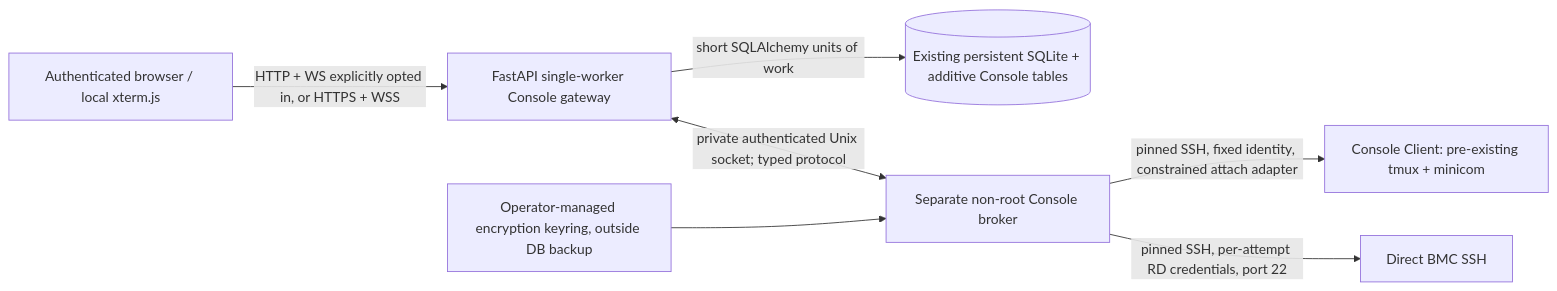
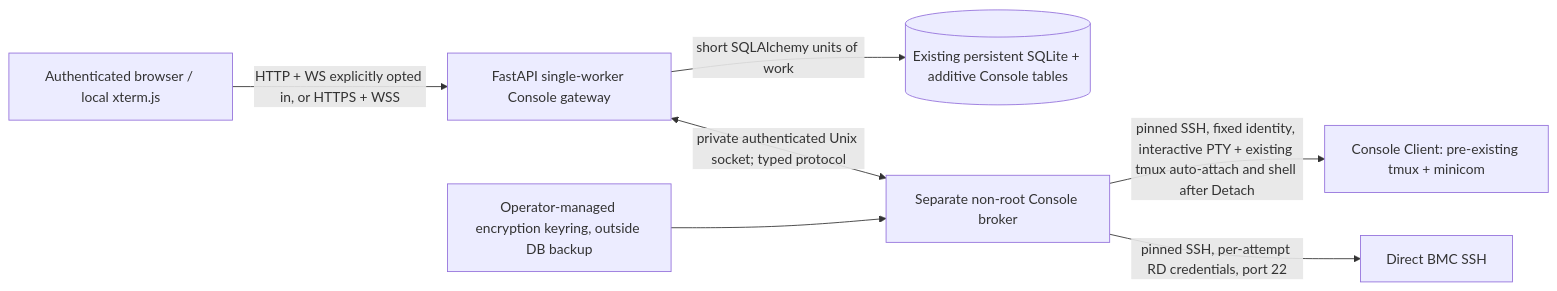
One commit to miragesu/sut-reservation-management changed the diagram in docs/console001/architecture.md. Above: the diagram before and after it, drawn with Mermaid.

Commit message:
docs(console001): reconcile shell-scope review references and ledger

````diff
--- a/docs/console001/architecture.md
+++ b/docs/console001/architecture.md
@@ -10,9 +10,9 @@
 ```mermaid
 flowchart LR
     B[Authenticated browser / local xterm.js] -->|HTTP + WS explicitly opted in, or HTTPS + WSS| W[FastAPI single-worker Console gateway]
     W -->|short SQLAlchemy units of work| D[(Existing persistent SQLite + additive Console tables)]
     W <-->|private authenticated Unix socket; typed protocol| R[Separate non-root Console broker]
     K[Operator-managed encryption keyring, outside DB backup] --> R
-    R -->|pinned SSH, fixed identity, constrained attach adapter| C[Console Client: pre-existing tmux + minicom]
+    R -->|pinned SSH, fixed identity, interactive PTY + existing tmux auto-attach and shell after Detach| C[Console Client: pre-existing tmux + minicom]
     R -->|pinned SSH, per-attempt RD credentials, port 22| M[Direct BMC SSH]
 ```
````
